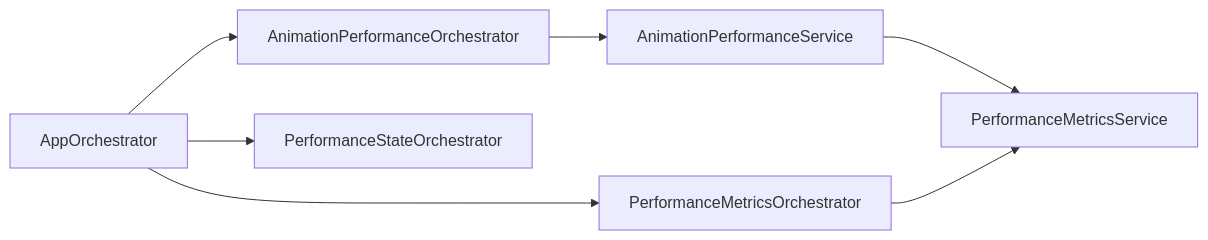
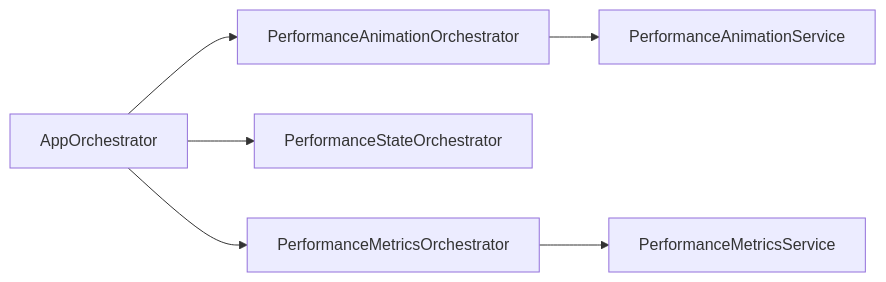
One commit to josstei/prismgb-app changed the fourth of 6 diagrams in docs/architecture-diagrams-onboarding.md. Above: the diagram before and after it, drawn with Mermaid. The commit also changed other lines of this file and 50 other files, not shown here.

````diff
--- a/docs/architecture-diagrams-onboarding.md
+++ b/docs/architecture-diagrams-onboarding.md
@@ -70,16 +65,15 @@
 ```mermaid
 flowchart LR
   AppOrchestrator[AppOrchestrator]
-  AnimationPerformanceOrchestrator[AnimationPerformanceOrchestrator]
+  PerformanceAnimationOrchestrator[PerformanceAnimationOrchestrator]
   PerformanceStateOrchestrator[PerformanceStateOrchestrator]
   PerformanceMetricsOrchestrator[PerformanceMetricsOrchestrator]
-  AnimationPerformanceService[AnimationPerformanceService]
+  PerformanceAnimationService[PerformanceAnimationService]
   PerformanceMetricsService[PerformanceMetricsService]
 
-  AppOrchestrator --> AnimationPerformanceOrchestrator
+  AppOrchestrator --> PerformanceAnimationOrchestrator
   AppOrchestrator --> PerformanceStateOrchestrator
   AppOrchestrator --> PerformanceMetricsOrchestrator
-  AnimationPerformanceOrchestrator --> AnimationPerformanceService
-  AnimationPerformanceService --> PerformanceMetricsService
+  PerformanceAnimationOrchestrator --> PerformanceAnimationService
   PerformanceMetricsOrchestrator --> PerformanceMetricsService
 ```
````
